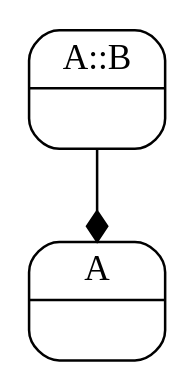
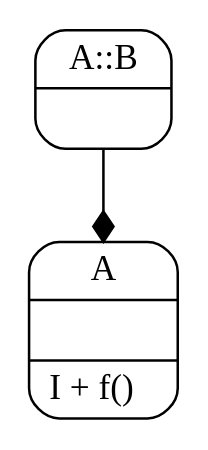
The diagram in spec/integration/lib_composition/class_composition.dot (os6sense/xumlidot), drawn with Graphviz before and after one commit. The commit also changed 6 other files, not shown here.

```diff
--- a/spec/integration/lib_composition/class_composition.dot
+++ b/spec/integration/lib_composition/class_composition.dot
@@ -1,6 +1,6 @@
 digraph graph_title {
             graph[overlap=false, splines=true, bgcolor="white"]
-"A" [shape=Mrecord, label="{A|\l}"]
+"A" [shape=Mrecord, label="{A|\l|I + f()\l}"]
 "A::B" [shape=Mrecord, label="{A::B|\l}"]
 "A::B" -> "A" [label="", arrowhead="diamond", arrowtail="diamond"]
 }
```
